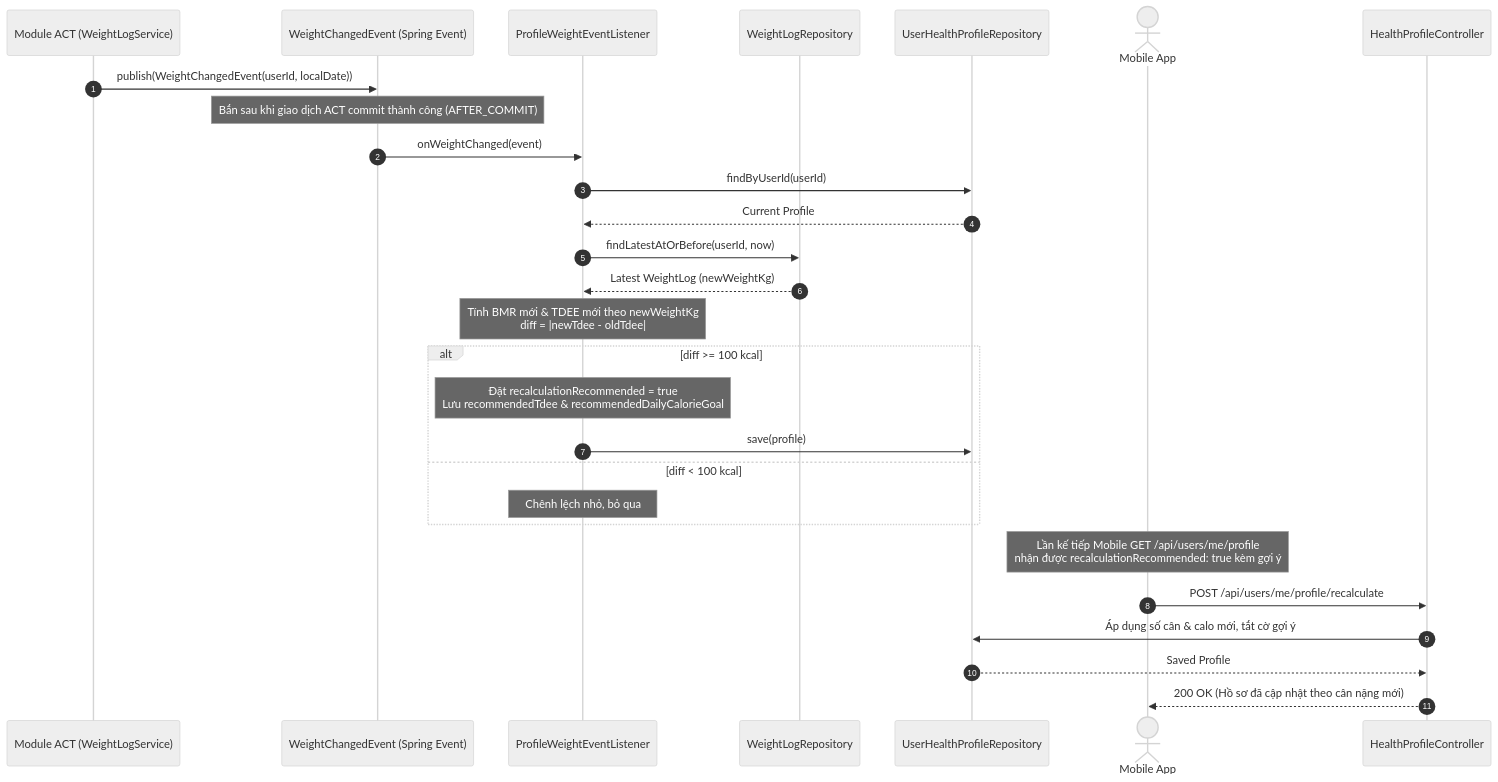
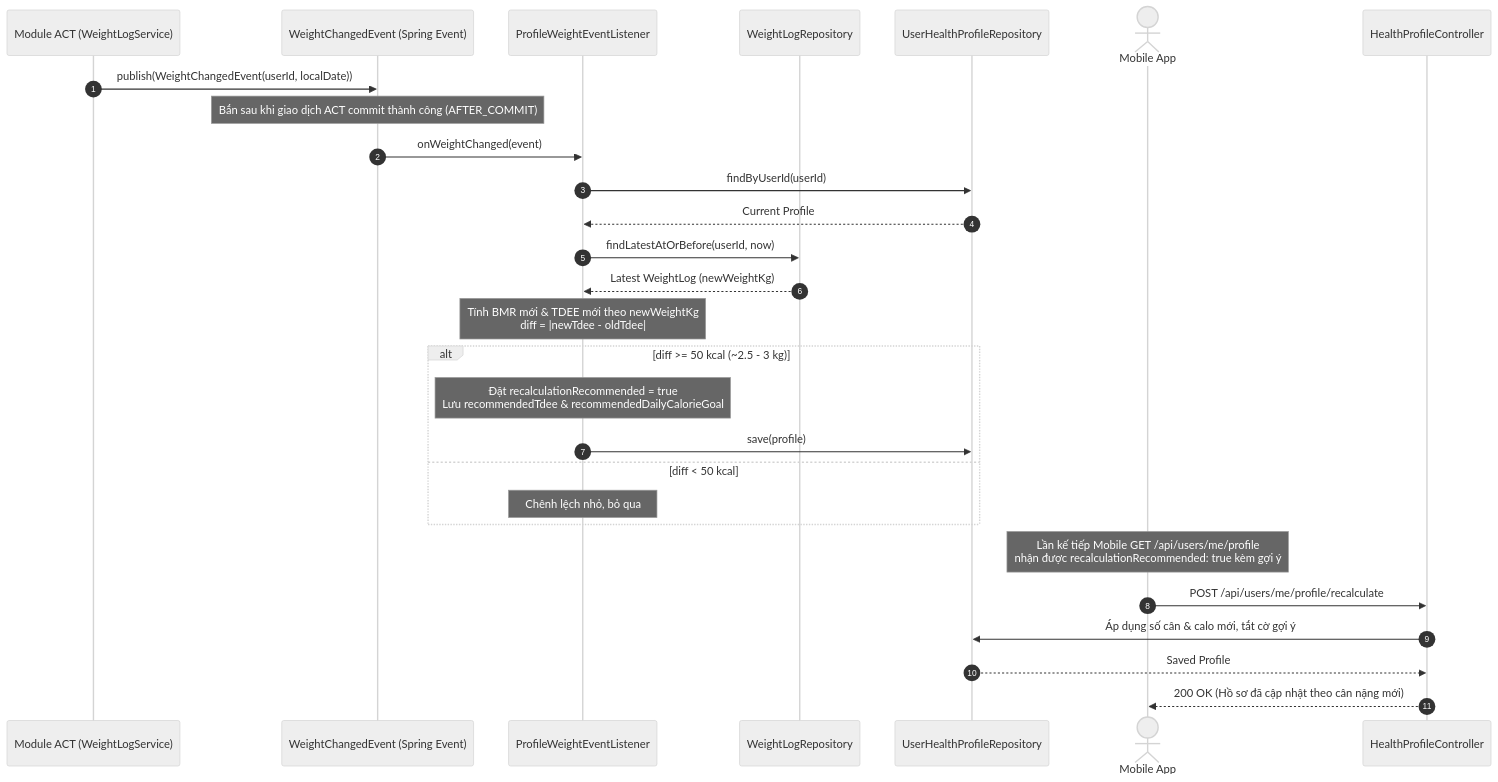
The second of 2 diagrams in docs/IMPLEMENT_MODULE_PROFILE.md (tranductrung04/kallo-backend), drawn with Mermaid (neutral theme) before and after one commit. The commit also changed other lines of this file and 1 other file, not shown here.

Commit message:
docs: sync readme with project architecture and adjust recalculation threshold

````diff
--- a/docs/IMPLEMENT_MODULE_PROFILE.md
+++ b/docs/IMPLEMENT_MODULE_PROFILE.md
@@ -261,32 +261,32 @@
 ```mermaid
 sequenceDiagram
     autonumber
     participant ACT as Module ACT (WeightLogService)
     participant Event as WeightChangedEvent (Spring Event)
     participant Listener as ProfileWeightEventListener
     participant WeightRepo as WeightLogRepository
     participant ProfileRepo as UserHealthProfileRepository
     actor Mobile as Mobile App
     participant Controller as HealthProfileController
 
     ACT->>Event: publish(WeightChangedEvent(userId, localDate))
     Note over Event: Bắn sau khi giao dịch ACT commit thành công (AFTER_COMMIT)
     Event->>Listener: onWeightChanged(event)
     Listener->>ProfileRepo: findByUserId(userId)
     ProfileRepo-->>Listener: Current Profile
     Listener->>WeightRepo: findLatestAtOrBefore(userId, now)
     WeightRepo-->>Listener: Latest WeightLog (newWeightKg)
     Note over Listener: Tính BMR mới & TDEE mới theo newWeightKg<br/>diff = |newTdee - oldTdee|
-    alt diff >= 100 kcal
+    alt diff >= 50 kcal (~2.5 - 3 kg)
         Note over Listener: Đặt recalculationRecommended = true<br/>Lưu recommendedTdee & recommendedDailyCalorieGoal
         Listener->>ProfileRepo: save(profile)
-    else diff < 100 kcal
+    else diff < 50 kcal
         Note over Listener: Chênh lệch nhỏ, bỏ qua
     end
 
     Note over Mobile: Lần kế tiếp Mobile GET /api/users/me/profile<br/>nhận được recalculationRecommended: true kèm gợi ý
     Mobile->>Controller: POST /api/users/me/profile/recalculate
     Controller->>ProfileRepo: Áp dụng số cân & calo mới, tắt cờ gợi ý
     ProfileRepo-->>Controller: Saved Profile
     Controller-->>Mobile: 200 OK (Hồ sơ đã cập nhật theo cân nặng mới)
 ```
````
